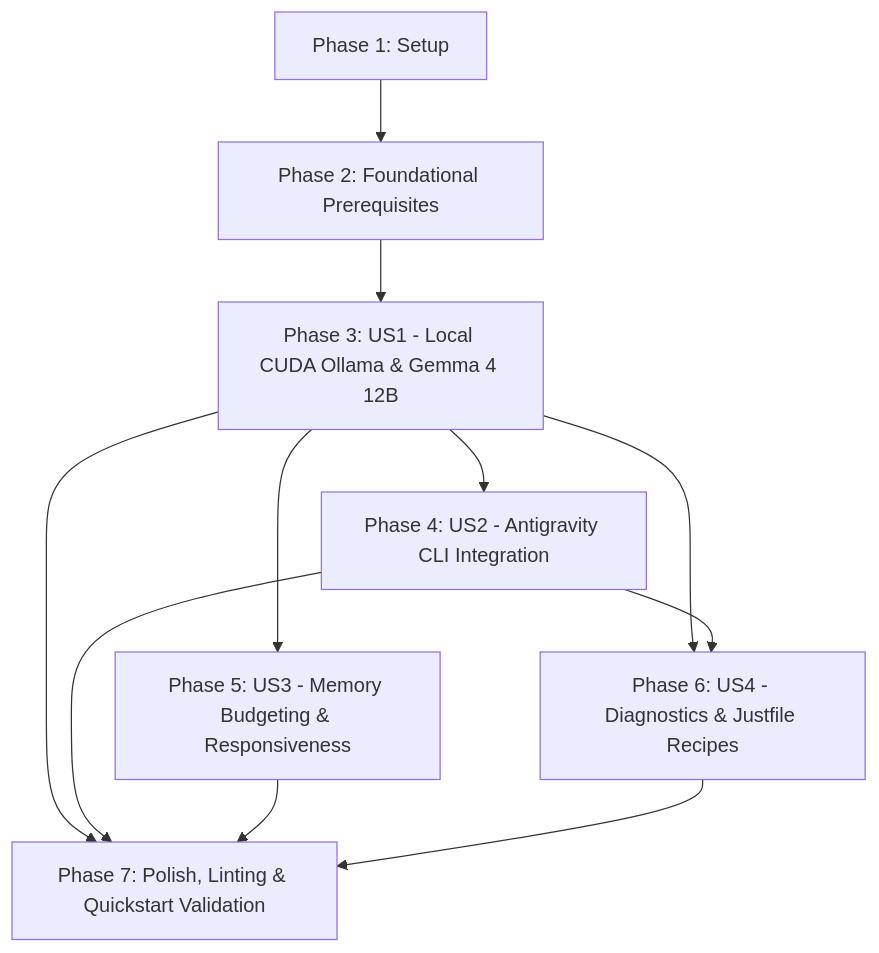
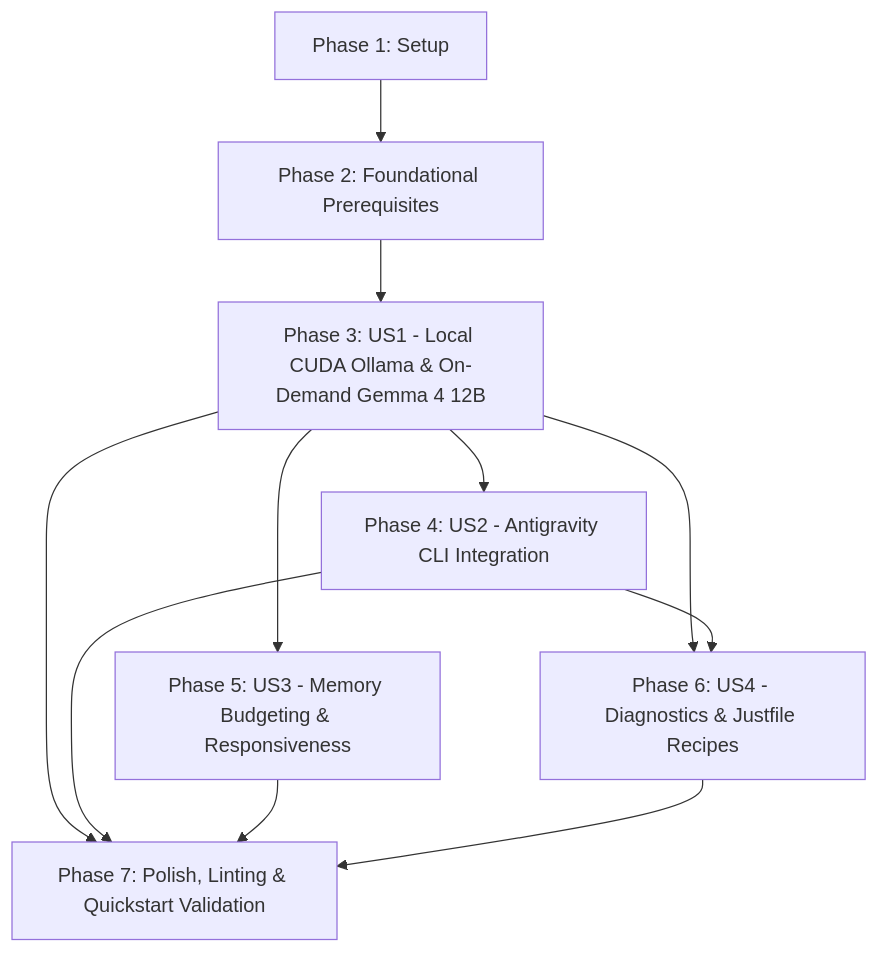
One commit to lvaylet/my-desktop-nixos-config changed the diagram in specs/004-local-gemma-antigravity/tasks.md. Above: the diagram before and after it, drawn with Mermaid. The commit also changed other lines of this file and 9 other files, not shown here.

````diff
--- a/specs/004-local-gemma-antigravity/tasks.md
+++ b/specs/004-local-gemma-antigravity/tasks.md
@@ -122,13 +122,13 @@
 ```mermaid
 graph TD
     P1[Phase 1: Setup] --> P2[Phase 2: Foundational Prerequisites]
-    P2 --> US1[Phase 3: US1 - Local CUDA Ollama & Gemma 4 12B]
+    P2 --> US1[Phase 3: US1 - Local CUDA Ollama & On-Demand Gemma 4 12B]
     US1 --> US2[Phase 4: US2 - Antigravity CLI Integration]
     US1 --> US3[Phase 5: US3 - Memory Budgeting & Responsiveness]
     US1 --> US4[Phase 6: US4 - Diagnostics & Justfile Recipes]
     US2 --> US4
     US1 --> Polish[Phase 7: Polish, Linting & Quickstart Validation]
     US2 --> Polish
     US3 --> Polish
     US4 --> Polish
 ```
````
